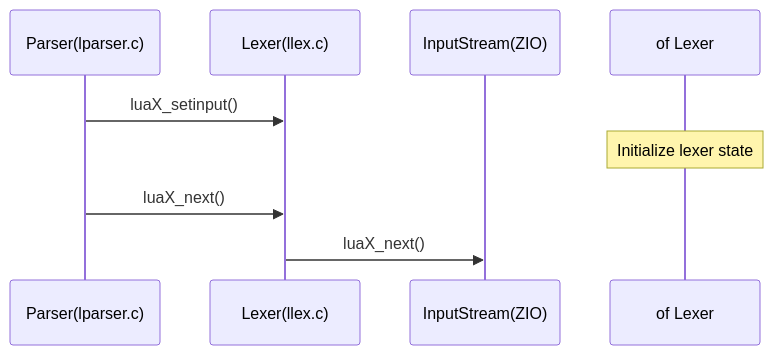
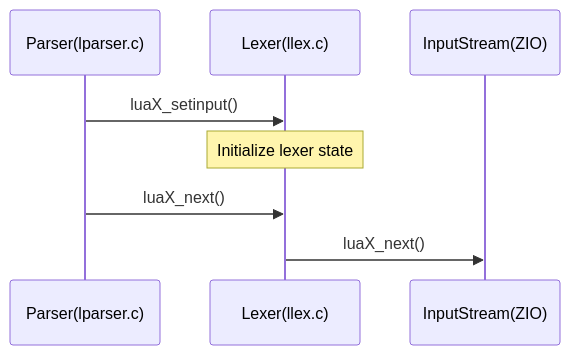
The diagram in LUA_MEMO.md (takeshiD/rua), drawn with Mermaid before and after one commit.

````diff
--- a/LUA_MEMO.md
+++ b/LUA_MEMO.md
@@ -144,10 +144,10 @@
 ```mermaid
 sequenceDiagram
     participant Parser as Parser(lparser.c)
     participant Lexer as Lexer(llex.c)
     participant InputStream as InputStream(ZIO)
     Parser ->> Lexer: luaX_setinput()
-    Note over of Lexer: Initialize lexer state
+    Note over Lexer: Initialize lexer state
     Parser ->> Lexer: luaX_next()
     Lexer ->> InputStream: luaX_next()
 ```
````
